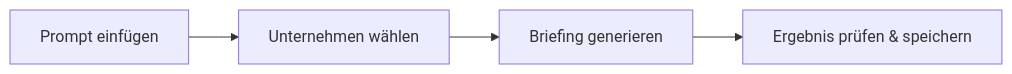
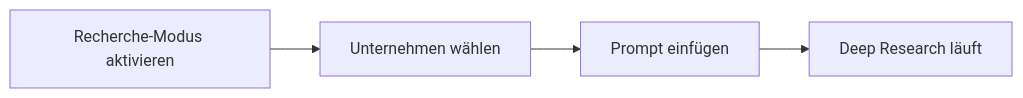
One commit to thwinter-ch/ai-lectures changed the diagram in 2026_02_07_AIF/segments-de/05-company-research-exercise/README.md. Above: the diagram before and after it, drawn with Mermaid. The commit also changed other lines of this file and 10 other files, not shown here.

````diff
--- a/2026_02_07_AIF/segments-de/05-company-research-exercise/README.md
+++ b/2026_02_07_AIF/segments-de/05-company-research-exercise/README.md
@@ -7,6 +7,6 @@
 ```mermaid
 flowchart LR
-    A[Prompt einfügen] --> B[Unternehmen wählen]
-    B --> C[Briefing generieren]
-    C --> D[Ergebnis prüfen & speichern]
+    A[Recherche-Modus aktivieren] --> B[Unternehmen wählen]
+    B --> C[Prompt einfügen]
+    C --> D[Deep Research läuft]
 ```
````
